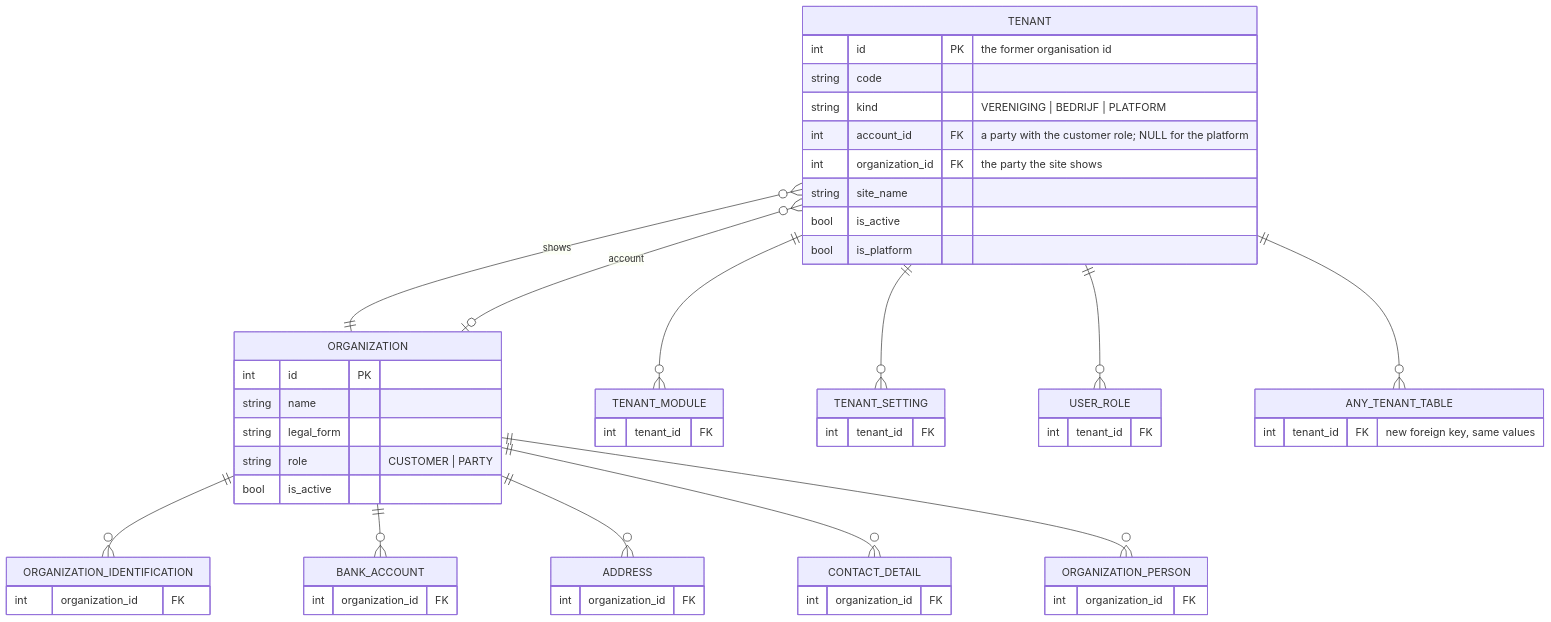
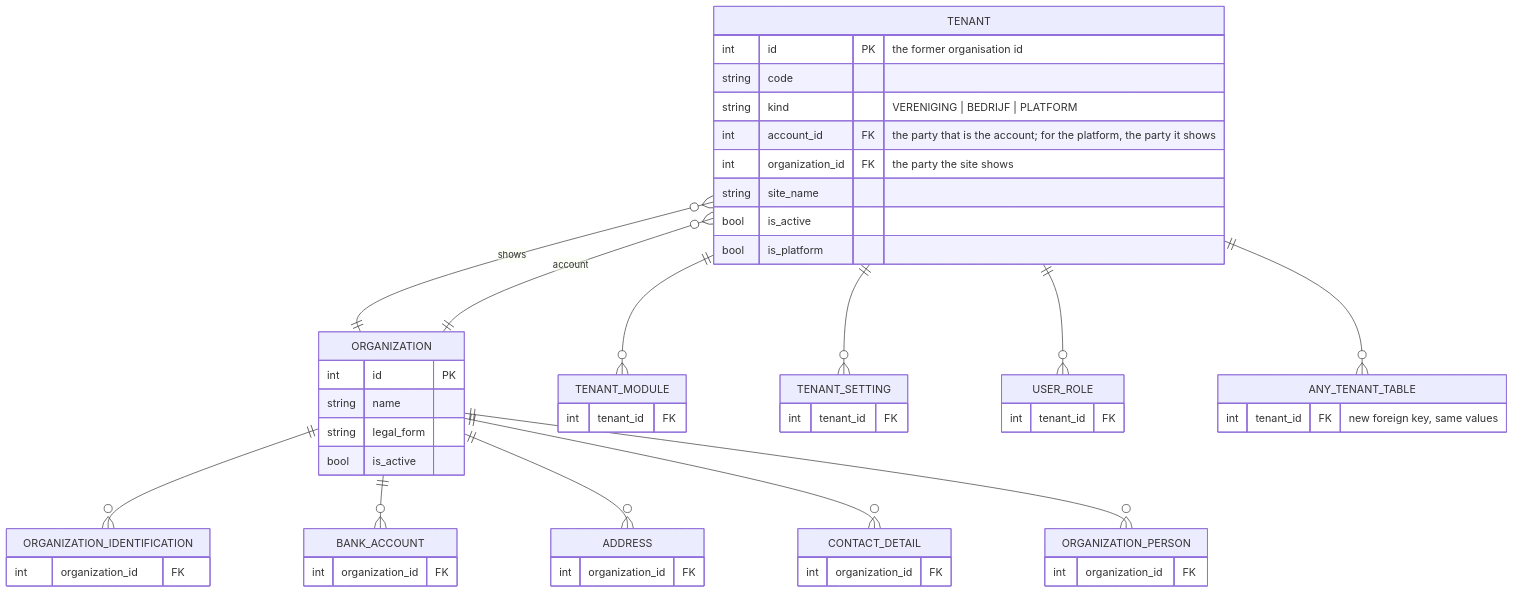
The fifth of 5 diagrams in docs/change_request_20_tenant_apart_from_organisation.md (KoenRenders/KoenTest), drawn with Mermaid before and after one commit. The commit also changed other lines of this file and 1 other file, not shown here.

````diff
--- a/docs/change_request_20_tenant_apart_from_organisation.md
+++ b/docs/change_request_20_tenant_apart_from_organisation.md
@@ -261,40 +273,39 @@
 ```mermaid
 erDiagram
   TENANT {
     int id PK "the former organisation id"
     string code
     string kind "VERENIGING | BEDRIJF | PLATFORM"
-    int account_id FK "a party with the customer role; NULL for the platform"
+    int account_id FK "the party that is the account; for the platform, the party it shows"
     int organization_id FK "the party the site shows"
     string site_name
     bool is_active
     bool is_platform
   }
   ORGANIZATION {
     int id PK
     string name
     string legal_form
-    string role "CUSTOMER | PARTY"
     bool is_active
   }
   ORGANIZATION_IDENTIFICATION { int organization_id FK }
   BANK_ACCOUNT { int organization_id FK }
   ADDRESS { int organization_id FK }
   CONTACT_DETAIL { int organization_id FK }
   ORGANIZATION_PERSON { int organization_id FK }
   TENANT_MODULE { int tenant_id FK }
   TENANT_SETTING { int tenant_id FK }
   USER_ROLE { int tenant_id FK }
   ANY_TENANT_TABLE { int tenant_id FK "new foreign key, same values" }
   TENANT }o--|| ORGANIZATION : "shows"
-  TENANT }o--o| ORGANIZATION : "account"
+  TENANT }o--|| ORGANIZATION : "account"
   ORGANIZATION ||--o{ ORGANIZATION_IDENTIFICATION : ""
   ORGANIZATION ||--o{ BANK_ACCOUNT : ""
   ORGANIZATION ||--o{ ADDRESS : ""
   ORGANIZATION ||--o{ CONTACT_DETAIL : ""
   ORGANIZATION ||--o{ ORGANIZATION_PERSON : ""
   TENANT ||--o{ TENANT_MODULE : ""
   TENANT ||--o{ TENANT_SETTING : ""
   TENANT ||--o{ USER_ROLE : ""
   TENANT ||--o{ ANY_TENANT_TABLE : ""
 ```
````
